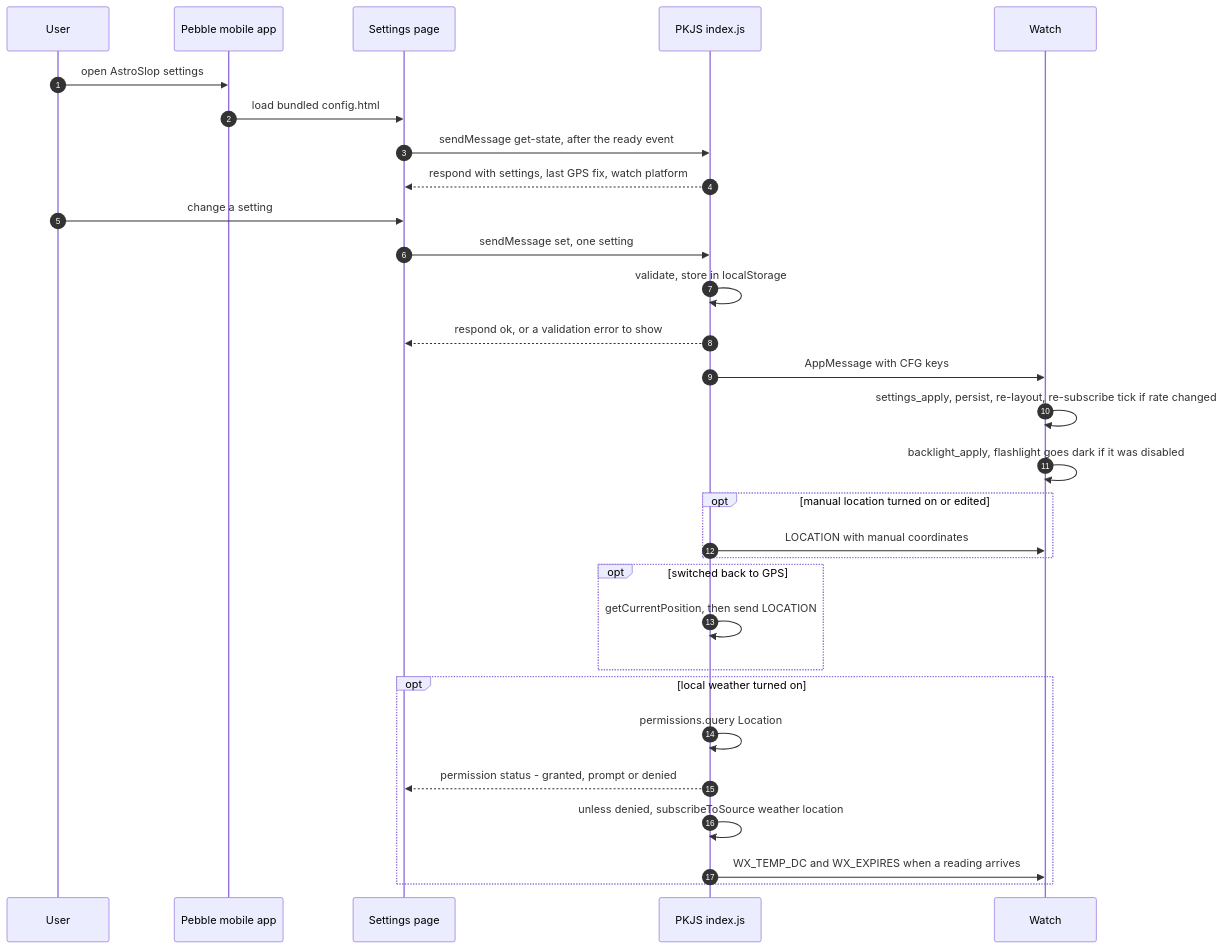
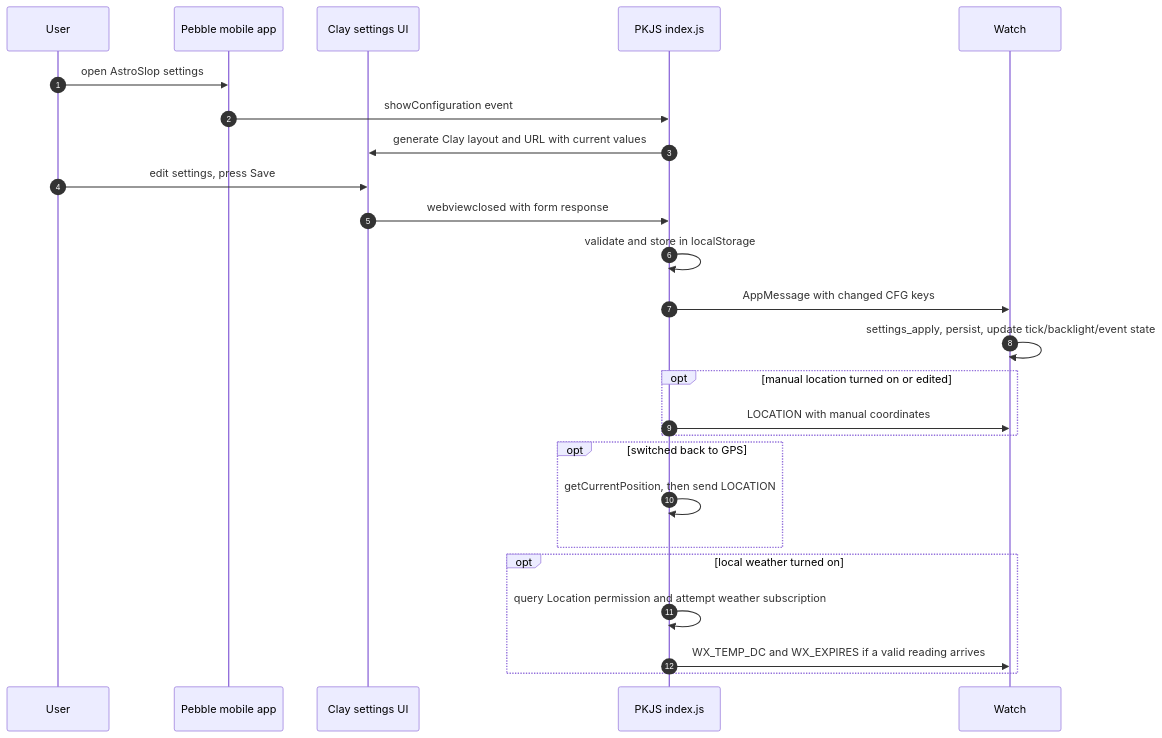
The seventh of 10 diagrams in docs/DESIGN.md (ewsandor/AstroSlop), drawn with Mermaid before and after one commit. The commit also changed other lines of this file and 69 other files, not shown here.

````diff
--- a/docs/DESIGN.md
+++ b/docs/DESIGN.md
@@ -652,33 +627,28 @@
 ```mermaid
 sequenceDiagram
     autonumber
     participant User
     participant PhoneApp as Pebble mobile app
-    participant Page as Settings page
+    participant Page as Clay settings UI
     participant PKJS as PKJS index.js
     participant Watch
 
     User->>PhoneApp: open AstroSlop settings
-    PhoneApp->>Page: load bundled config.html
-    Page->>PKJS: sendMessage get-state, after the ready event
-    PKJS-->>Page: respond with settings, last GPS fix, watch platform
-    User->>Page: change a setting
-    Page->>PKJS: sendMessage set, one setting
-    PKJS->>PKJS: validate, store in localStorage
-    PKJS-->>Page: respond ok, or a validation error to show
-    PKJS->>Watch: AppMessage with CFG keys
-    Watch->>Watch: settings_apply, persist, re-layout, re-subscribe tick if rate changed
-    Watch->>Watch: backlight_apply, flashlight goes dark if it was disabled
+    PhoneApp->>PKJS: showConfiguration event
+    PKJS->>Page: generate Clay layout and URL with current values
+    User->>Page: edit settings, press Save
+    Page->>PKJS: webviewclosed with form response
+    PKJS->>PKJS: validate and store in localStorage
+    PKJS->>Watch: AppMessage with changed CFG keys
+    Watch->>Watch: settings_apply, persist, update tick/backlight/event state
     opt manual location turned on or edited
         PKJS->>Watch: LOCATION with manual coordinates
     end
     opt switched back to GPS
         PKJS->>PKJS: getCurrentPosition, then send LOCATION
     end
     opt local weather turned on
-        PKJS->>PKJS: permissions.query Location
-        PKJS-->>Page: permission status - granted, prompt or denied
-        PKJS->>PKJS: unless denied, subscribeToSource weather location
-        PKJS->>Watch: WX_TEMP_DC and WX_EXPIRES when a reading arrives
+        PKJS->>PKJS: query Location permission and attempt weather subscription
+        PKJS->>Watch: WX_TEMP_DC and WX_EXPIRES if a valid reading arrives
     end
 ```
````
